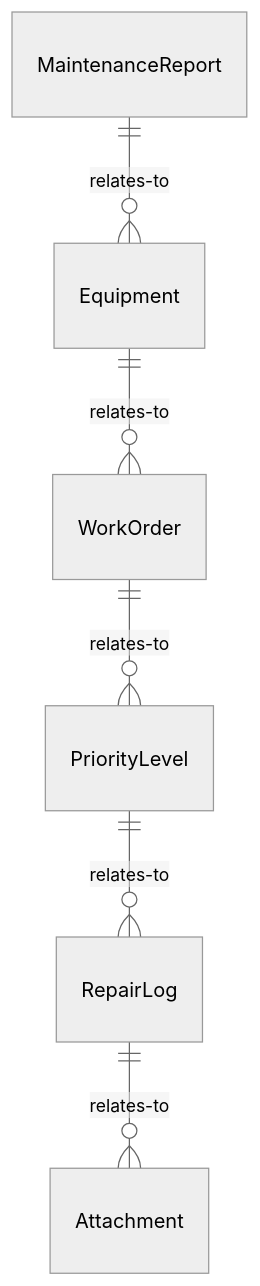
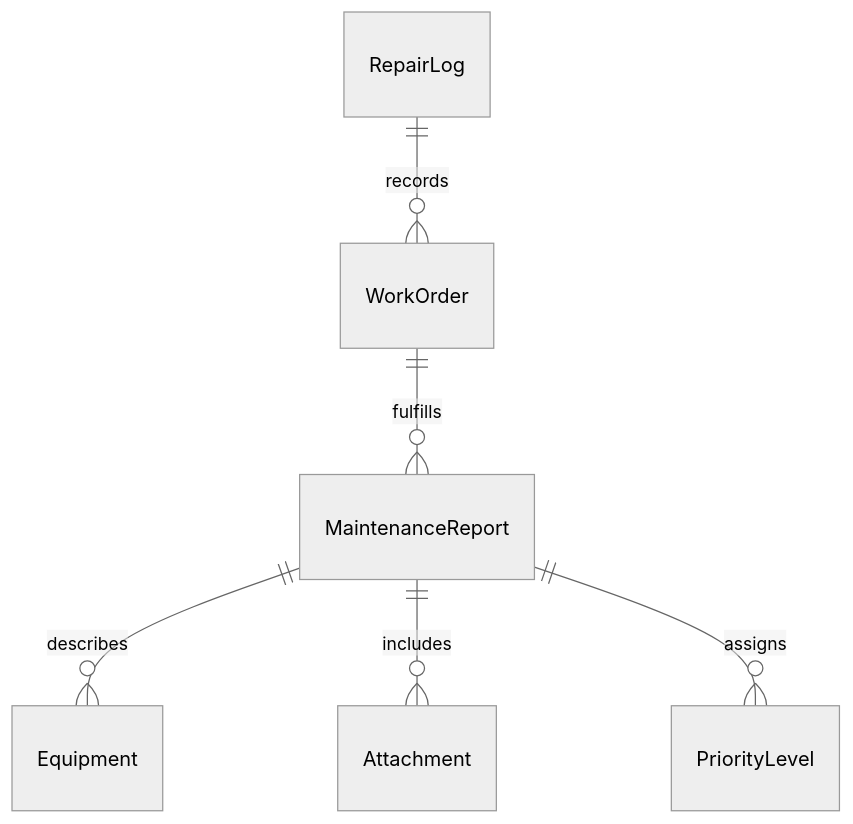
One commit to dot-org-ai/tasks.org.ai changed the first of 4 diagrams in CommunicatingWithSupervisorsPeersOrSubordinates/NotifyOthersOfEmergenciesOrProblems/ReportMaintenanceEquipmentProblemsAppropriate.mdx. Above: the diagram before and after it, drawn with Mermaid (neutral theme). The commit also changed other lines of this file and 515 other files, not shown here.

````diff
--- a/CommunicatingWithSupervisorsPeersOrSubordinates/NotifyOthersOfEmergenciesOrProblems/ReportMaintenanceEquipmentProblemsAppropriate.mdx
+++ b/CommunicatingWithSupervisorsPeersOrSubordinates/NotifyOthersOfEmergenciesOrProblems/ReportMaintenanceEquipmentProblemsAppropriate.mdx
@@ -84,8 +84,8 @@
 ```mermaid
 erDiagram
-    MaintenanceReport ||--o{ Equipment : relates-to
-    Equipment ||--o{ WorkOrder : relates-to
-    WorkOrder ||--o{ PriorityLevel : relates-to
-    PriorityLevel ||--o{ RepairLog : relates-to
-    RepairLog ||--o{ Attachment : relates-to
+    MaintenanceReport ||--o{ Equipment : describes
+    MaintenanceReport ||--o{ Attachment : includes
+    MaintenanceReport ||--o{ PriorityLevel : assigns
+    WorkOrder ||--o{ MaintenanceReport : fulfills
+    RepairLog ||--o{ WorkOrder : records
 ```
````
